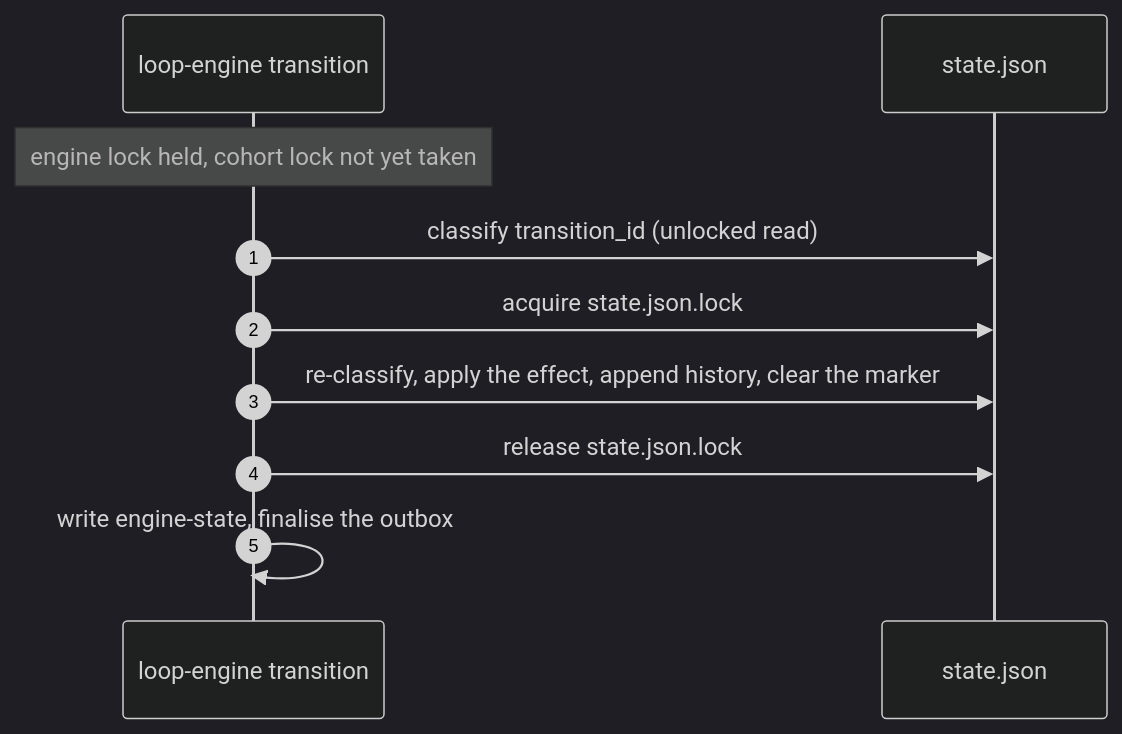
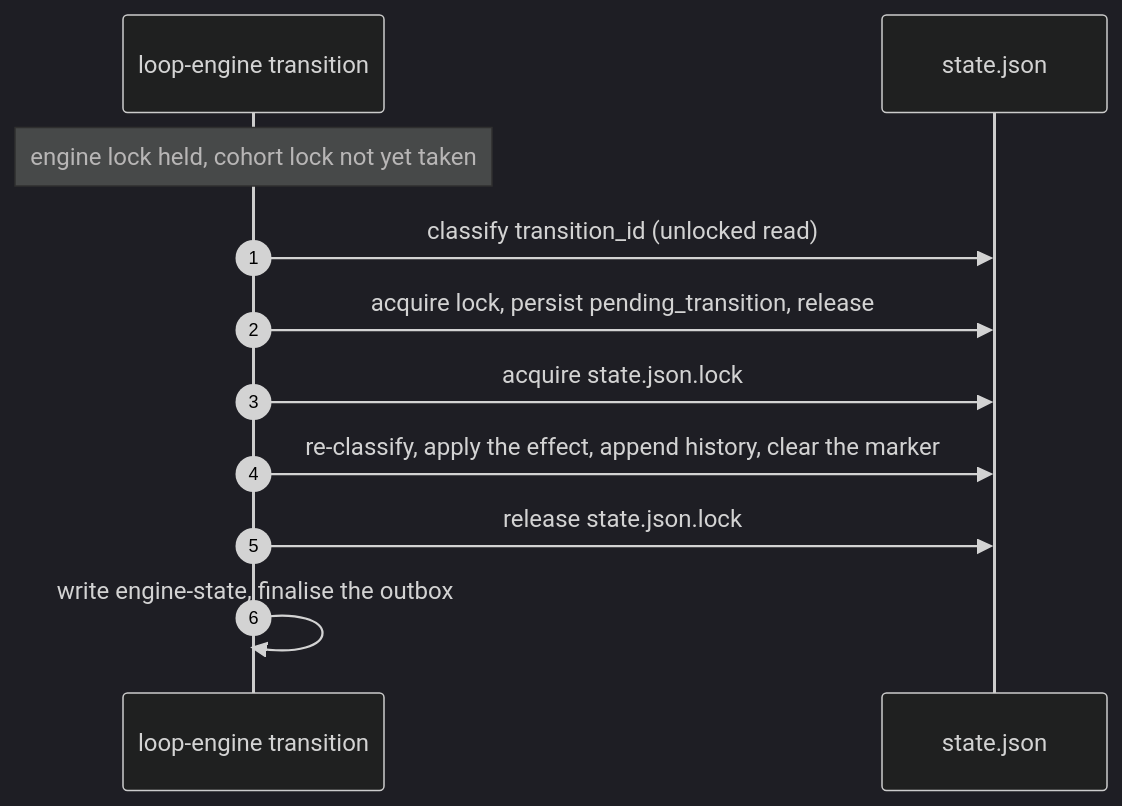
One commit to eugenelim/agent-ready-repo changed the diagram in docs/architecture/loop-parallelism.md. Above: the diagram before and after it, drawn with Mermaid (dark theme). The commit also changed other lines of this file and 51 other files, not shown here.

````diff
--- a/docs/architecture/loop-parallelism.md
+++ b/docs/architecture/loop-parallelism.md
@@ -30,13 +32,14 @@
 ```mermaid
 sequenceDiagram
   autonumber
   participant E as loop-engine transition
   participant S as state.json
 
   Note over E: engine lock held, cohort lock not yet taken
   E->>S: classify transition_id (unlocked read)
+  E->>S: acquire lock, persist pending_transition, release
   E->>S: acquire state.json.lock
   E->>S: re-classify, apply the effect, append history, clear the marker
   E->>S: release state.json.lock
   E->>E: write engine-state, finalise the outbox
 ```
````
